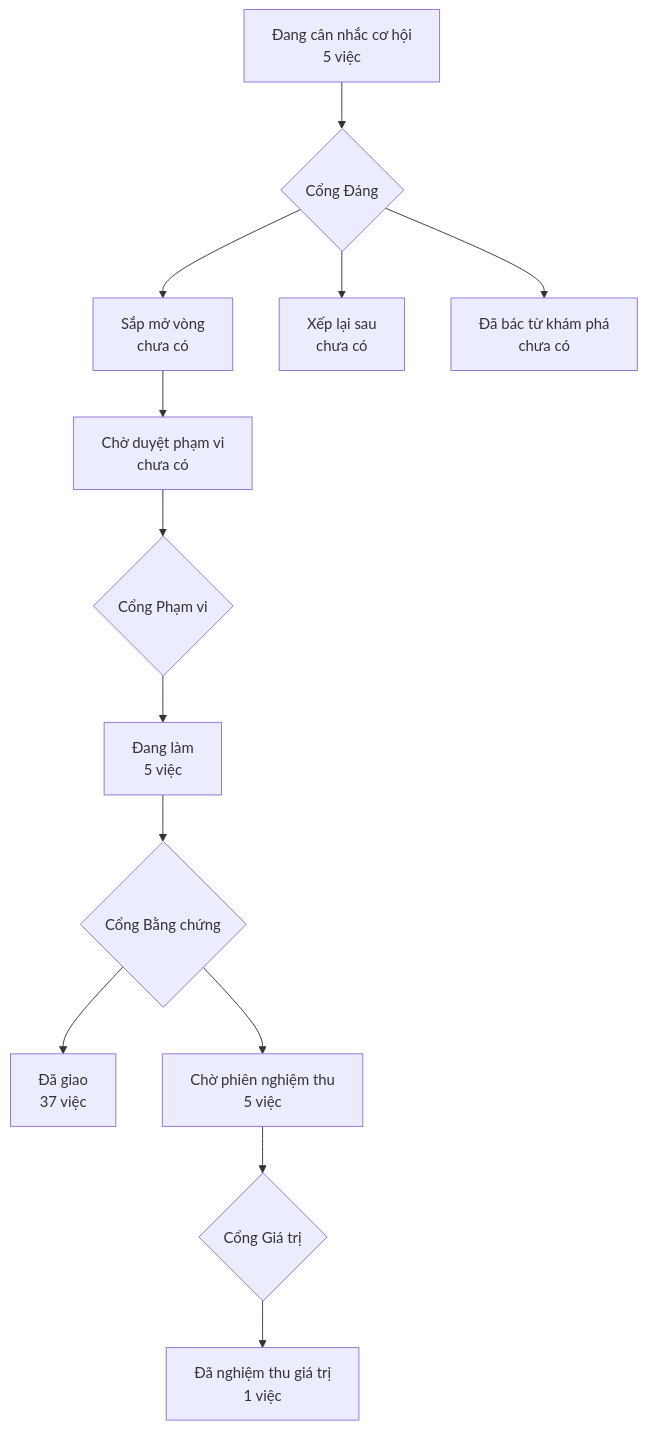
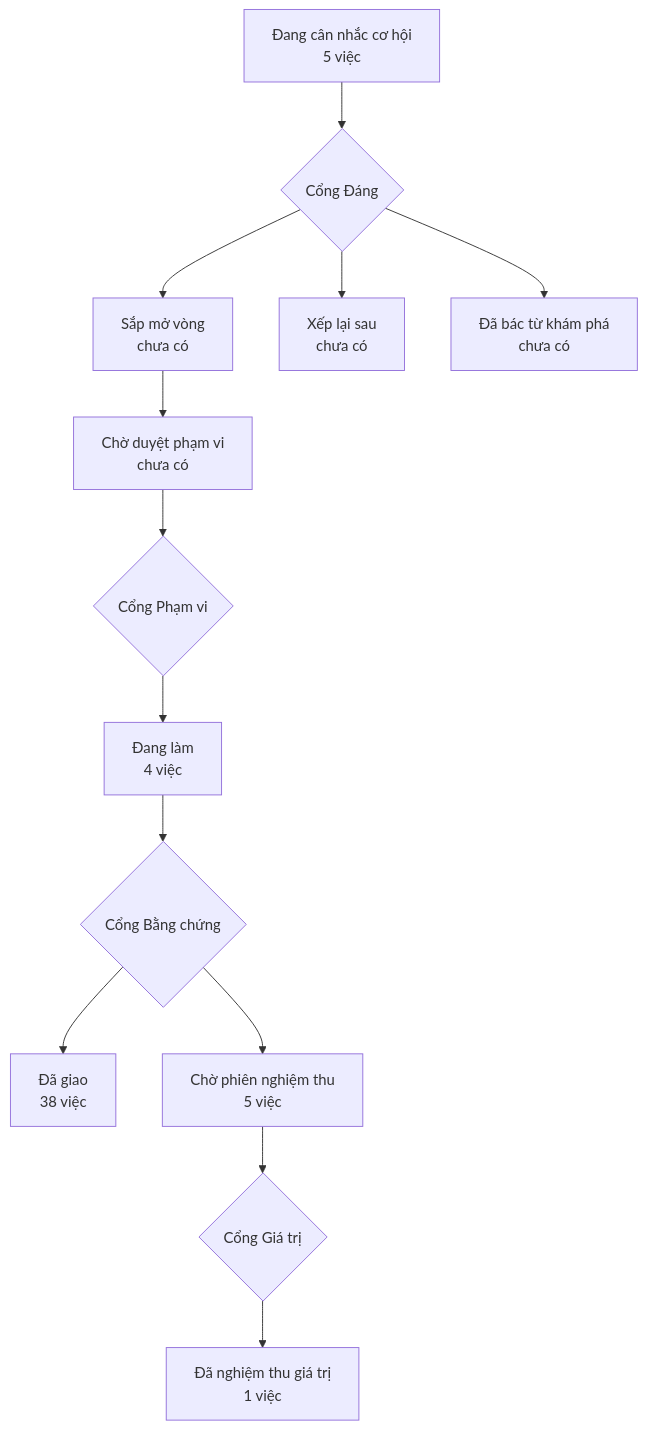
Before and after one commit to phanlemanh/crm-onehub: the diagram in PRODUCT-MAP.md, drawn with Mermaid. The commit also changed 3 other files, not shown here.

````diff
--- a/PRODUCT-MAP.md
+++ b/PRODUCT-MAP.md
@@ -6,12 +6,12 @@
 ```mermaid
 flowchart TD
   A["Đang cân nhắc cơ hội<br/>5 việc"] --> GD{"Cổng Đáng"}
   GD --> B["Sắp mở vòng<br/>chưa có"]
   GD --> XL["Xếp lại sau<br/>chưa có"]
   GD --> DB["Đã bác từ khám phá<br/>chưa có"]
   B --> CD["Chờ duyệt phạm vi<br/>chưa có"] --> GP{"Cổng Phạm vi"}
-  GP --> DL["Đang làm<br/>5 việc"] --> GB{"Cổng Bằng chứng"}
-  GB --> DG["Đã giao<br/>37 việc"]
+  GP --> DL["Đang làm<br/>4 việc"] --> GB{"Cổng Bằng chứng"}
+  GB --> DG["Đã giao<br/>38 việc"]
   GB --> CN["Chờ phiên nghiệm thu<br/>5 việc"] --> GG{"Cổng Giá trị"}
   GG --> NT["Đã nghiệm thu giá trị<br/>1 việc"]
 ```
````
